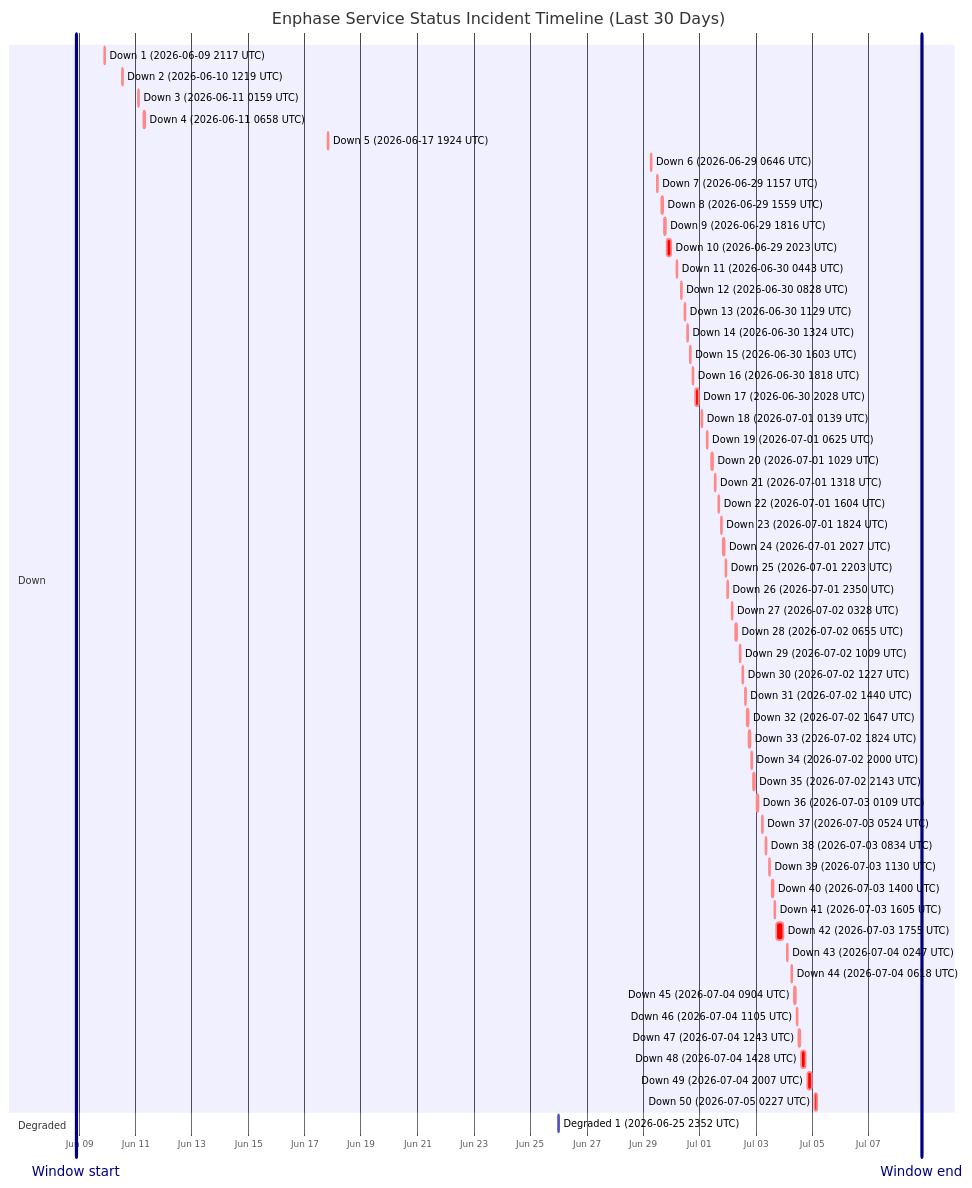
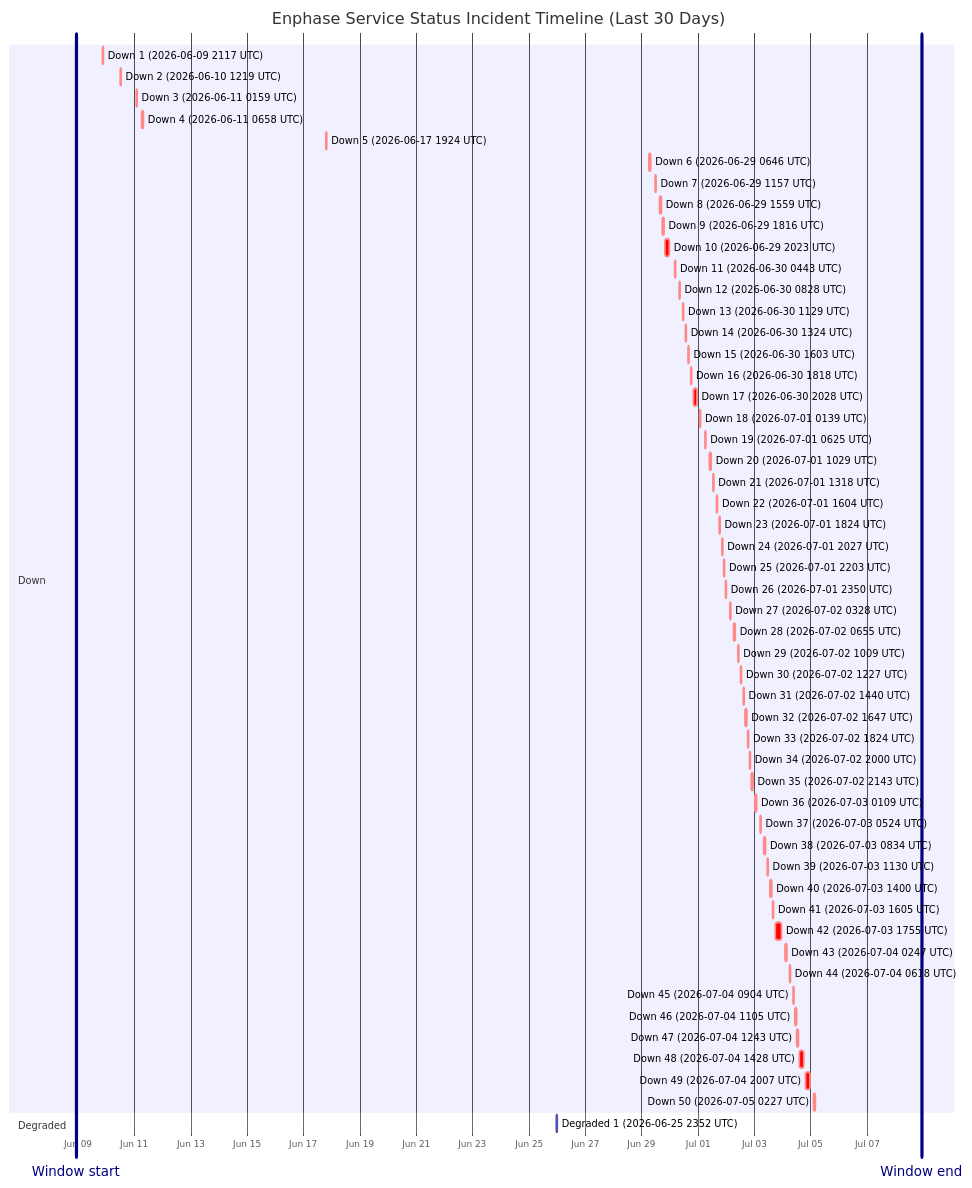
One commit to barneyonline/ha-enphase-energy changed the diagram in wiki/Service-Status-History.md. Above: the diagram before and after it, drawn with Mermaid. The commit also changed other lines of this file and 3 other files, not shown here.

````diff
--- a/wiki/Service-Status-History.md
+++ b/wiki/Service-Status-History.md
@@ -14,61 +14,61 @@
 ```mermaid
 gantt
     title Enphase Service Status Incident Timeline (Last 30 Days)
     dateFormat  YYYY-MM-DDTHH:mm:ss
     axisFormat  %b %d
-    Window start :vert, window-start, 2026-06-08T21:05:55, 0ms
-    Window end :vert, window-end, 2026-07-08T21:05:55, 0ms
+    Window start :vert, window-start, 2026-06-08T22:32:11, 0ms
+    Window end :vert, window-end, 2026-07-08T22:32:11, 0ms
     section Down
     Down 1 (2026-06-09 2117 UTC) :crit, down-1, 2026-06-09T21:17:17, 60m
     Down 2 (2026-06-10 1219 UTC) :crit, down-2, 2026-06-10T12:19:21, 60m
     Down 3 (2026-06-11 0159 UTC) :crit, down-3, 2026-06-11T01:59:36, 60m
     Down 4 (2026-06-11 0658 UTC) :crit, down-4, 2026-06-11T06:58:45, 60m
     Down 5 (2026-06-17 1924 UTC) :crit, down-5, 2026-06-17T19:24:51, 60m
     Down 6 (2026-06-29 0646 UTC) :crit, down-6, 2026-06-29T06:46:18, 60m
     Down 7 (2026-06-29 1157 UTC) :crit, down-7, 2026-06-29T11:57:36, 60m
     Down 8 (2026-06-29 1559 UTC) :crit, down-8, 2026-06-29T15:59:02, 60m
     Down 9 (2026-06-29 1816 UTC) :crit, down-9, 2026-06-29T18:16:38, 60m
     Down 10 (2026-06-29 2023 UTC) :crit, down-10, 2026-06-29T20:23:16, 220m
     Down 11 (2026-06-30 0443 UTC) :crit, down-11, 2026-06-30T04:43:54, 60m
     Down 12 (2026-06-30 0828 UTC) :crit, down-12, 2026-06-30T08:28:43, 60m
     Down 13 (2026-06-30 1129 UTC) :crit, down-13, 2026-06-30T11:29:15, 60m
     Down 14 (2026-06-30 1324 UTC) :crit, down-14, 2026-06-30T13:24:25, 60m
     Down 15 (2026-06-30 1603 UTC) :crit, down-15, 2026-06-30T16:03:26, 60m
     Down 16 (2026-06-30 1818 UTC) :crit, down-16, 2026-06-30T18:18:39, 60m
     Down 17 (2026-06-30 2028 UTC) :crit, down-17, 2026-06-30T20:28:54, 171m
     Down 18 (2026-07-01 0139 UTC) :crit, down-18, 2026-07-01T01:39:18, 60m
     Down 19 (2026-07-01 0625 UTC) :crit, down-19, 2026-07-01T06:25:35, 60m
     Down 20 (2026-07-01 1029 UTC) :crit, down-20, 2026-07-01T10:29:24, 60m
     Down 21 (2026-07-01 1318 UTC) :crit, down-21, 2026-07-01T13:18:31, 60m
     Down 22 (2026-07-01 1604 UTC) :crit, down-22, 2026-07-01T16:04:29, 60m
     Down 23 (2026-07-01 1824 UTC) :crit, down-23, 2026-07-01T18:24:21, 60m
     Down 24 (2026-07-01 2027 UTC) :crit, down-24, 2026-07-01T20:27:17, 60m
     Down 25 (2026-07-01 2203 UTC) :crit, down-25, 2026-07-01T22:03:46, 60m
     Down 26 (2026-07-01 2350 UTC) :crit, down-26, 2026-07-01T23:50:52, 60m
     Down 27 (2026-07-02 0328 UTC) :crit, down-27, 2026-07-02T03:28:33, 60m
     Down 28 (2026-07-02 0655 UTC) :crit, down-28, 2026-07-02T06:55:07, 60m
     Down 29 (2026-07-02 1009 UTC) :crit, down-29, 2026-07-02T10:09:15, 60m
     Down 30 (2026-07-02 1227 UTC) :crit, down-30, 2026-07-02T12:27:49, 60m
     Down 31 (2026-07-02 1440 UTC) :crit, down-31, 2026-07-02T14:40:53, 60m
     Down 32 (2026-07-02 1647 UTC) :crit, down-32, 2026-07-02T16:47:47, 60m
     Down 33 (2026-07-02 1824 UTC) :crit, down-33, 2026-07-02T18:24:26, 60m
     Down 34 (2026-07-02 2000 UTC) :crit, down-34, 2026-07-02T20:00:57, 60m
     Down 35 (2026-07-02 2143 UTC) :crit, down-35, 2026-07-02T21:43:52, 80m
     Down 36 (2026-07-03 0109 UTC) :crit, down-36, 2026-07-03T01:09:19, 60m
     Down 37 (2026-07-03 0524 UTC) :crit, down-37, 2026-07-03T05:24:23, 60m
     Down 38 (2026-07-03 0834 UTC) :crit, down-38, 2026-07-03T08:34:05, 60m
     Down 39 (2026-07-03 1130 UTC) :crit, down-39, 2026-07-03T11:30:41, 60m
     Down 40 (2026-07-03 1400 UTC) :crit, down-40, 2026-07-03T14:00:48, 60m
     Down 41 (2026-07-03 1605 UTC) :crit, down-41, 2026-07-03T16:05:49, 60m
     Down 42 (2026-07-03 1755 UTC) :crit, down-42, 2026-07-03T17:55:54, 338m
     Down 43 (2026-07-04 0247 UTC) :crit, down-43, 2026-07-04T02:47:22, 60m
     Down 44 (2026-07-04 0618 UTC) :crit, down-44, 2026-07-04T06:18:09, 60m
     Down 45 (2026-07-04 0904 UTC) :crit, down-45, 2026-07-04T09:04:41, 60m
     Down 46 (2026-07-04 1105 UTC) :crit, down-46, 2026-07-04T11:05:21, 60m
     Down 47 (2026-07-04 1243 UTC) :crit, down-47, 2026-07-04T12:43:25, 60m
     Down 48 (2026-07-04 1428 UTC) :crit, down-48, 2026-07-04T14:28:07, 243m
     Down 49 (2026-07-04 2007 UTC) :crit, down-49, 2026-07-04T20:07:50, 206m
     Down 50 (2026-07-05 0227 UTC) :crit, down-50, 2026-07-05T02:27:32, 109m
     section Degraded
     Degraded 1 (2026-06-25 2352 UTC) :active, degraded-1, 2026-06-25T23:52:01, 60m
 ```
````
